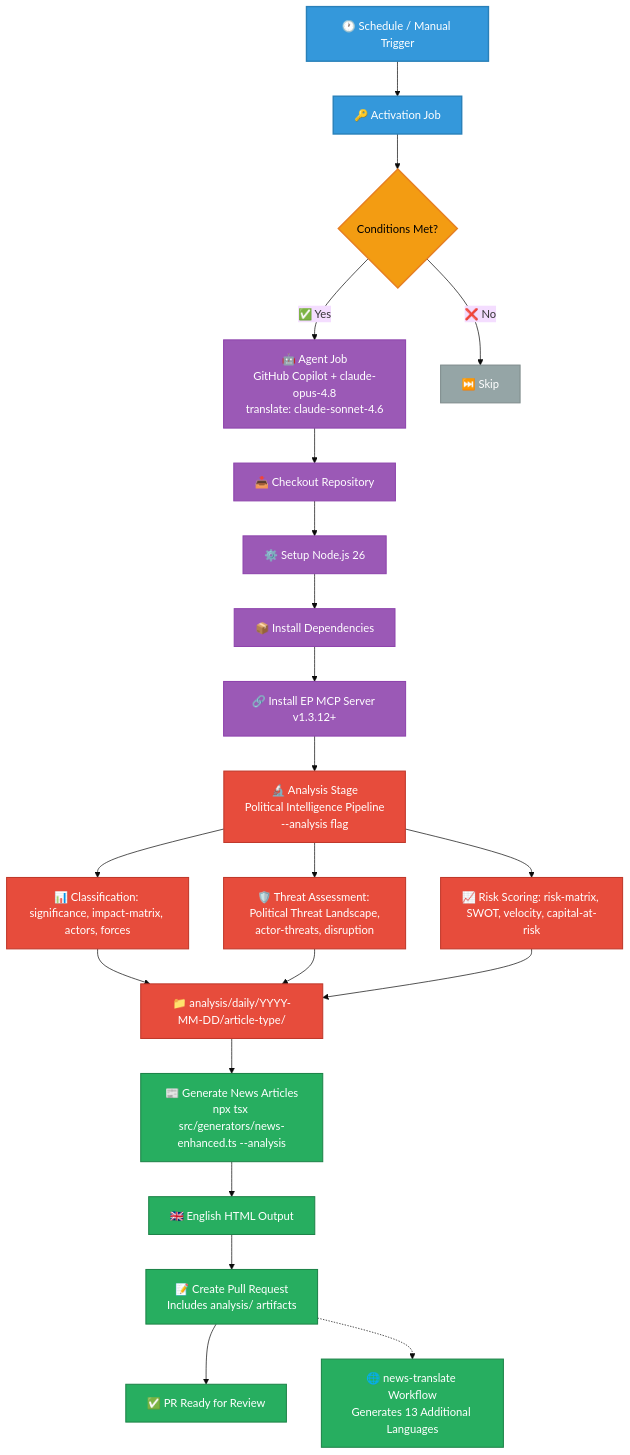
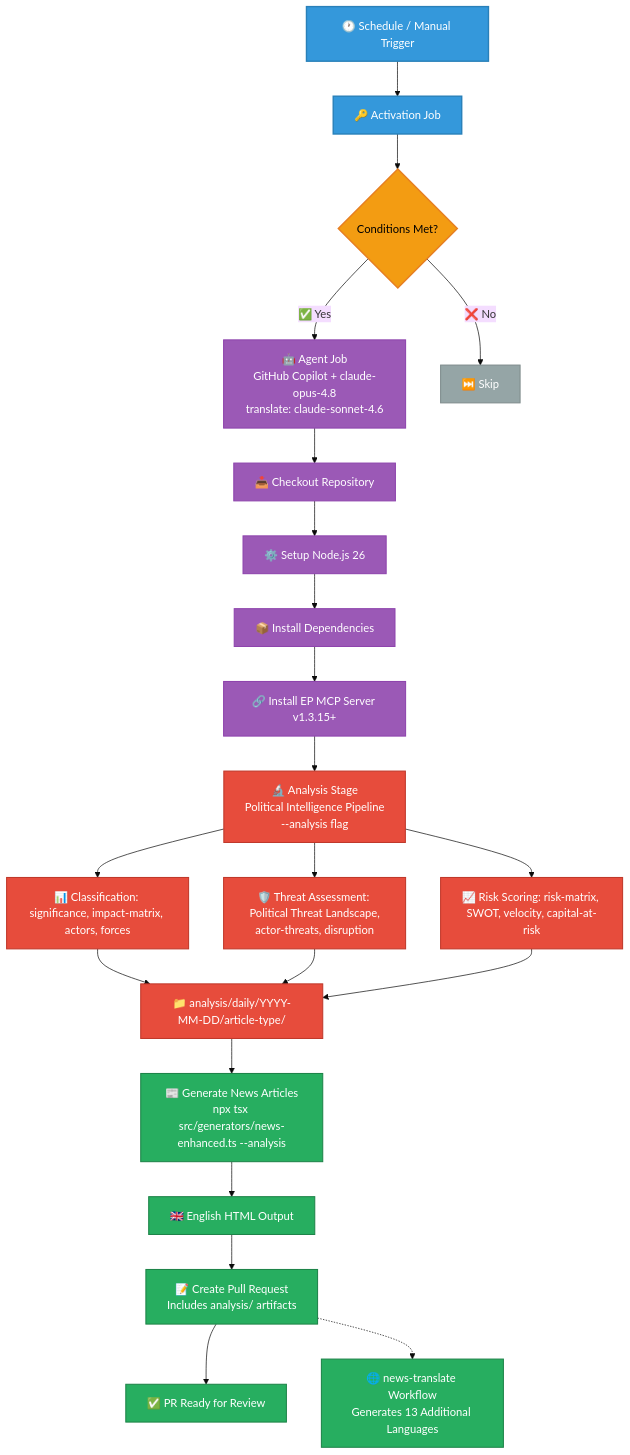
One commit to Hack23/euparliamentmonitor changed the third of 23 diagrams in WORKFLOWS.md. Above: the diagram before and after it, drawn with Mermaid (base theme). The commit also changed other lines of this file and 39 other files, not shown here.

````diff
--- a/WORKFLOWS.md
+++ b/WORKFLOWS.md
@@ -276,37 +276,37 @@
 ```mermaid
 graph TD
     A[🕐 Schedule / Manual Trigger] --> B[🔑 Activation Job]
     B --> C{Conditions Met?}
     C -->|✅ Yes| D[🤖 Agent Job<br/>GitHub Copilot + claude-opus-4.8<br/>translate: claude-sonnet-4.6]
     C -->|❌ No| E[⏭️ Skip]
     D --> F[📥 Checkout Repository]
     F --> G[⚙️ Setup Node.js 26]
     G --> H[📦 Install Dependencies]
-    H --> I[🔗 Install EP MCP Server v1.3.12+]
+    H --> I[🔗 Install EP MCP Server v1.3.15+]
     I --> J1[🔬 Analysis Stage<br/>Political Intelligence Pipeline<br/>--analysis flag]
     J1 --> J1a[📊 Classification: significance, impact-matrix, actors, forces]
     J1 --> J1b[🛡️ Threat Assessment: Political Threat Landscape,<br/>actor-threats, disruption]
     J1 --> J1c[📈 Risk Scoring: risk-matrix, SWOT, velocity, capital-at-risk]
     J1a --> J1d["📁 analysis/daily/YYYY-MM-DD/article-type/"]
     J1b --> J1d
     J1c --> J1d
     J1d --> J[📰 Generate News Articles<br/>npx tsx src/generators/news-enhanced.ts --analysis]
     J --> K[🇬🇧 English HTML Output]
     K --> L[📝 Create Pull Request<br/>Includes analysis/ artifacts]
     L --> M[✅ PR Ready for Review]
     L -.-> N[🌐 news-translate Workflow<br/>Generates 13 Additional Languages]
 
     classDef trigger fill:#3498db,stroke:#2980b9,stroke-width:2px,color:white
     classDef process fill:#9b59b6,stroke:#8e44ad,stroke-width:1.5px,color:white
     classDef decision fill:#f39c12,stroke:#e67e22,stroke-width:2px,color:black
     classDef skip fill:#95a5a6,stroke:#7f8c8d,stroke-width:1.5px,color:white
     classDef analysis fill:#e74c3c,stroke:#c0392b,stroke-width:1.5px,color:white
     classDef output fill:#27ae60,stroke:#1e8449,stroke-width:1.5px,color:white
 
     class A,B trigger
     class D,F,G,H,I process
     class C decision
     class E skip
     class J1,J1a,J1b,J1c,J1d analysis
     class J,K,L,M,N output
 ```
````
